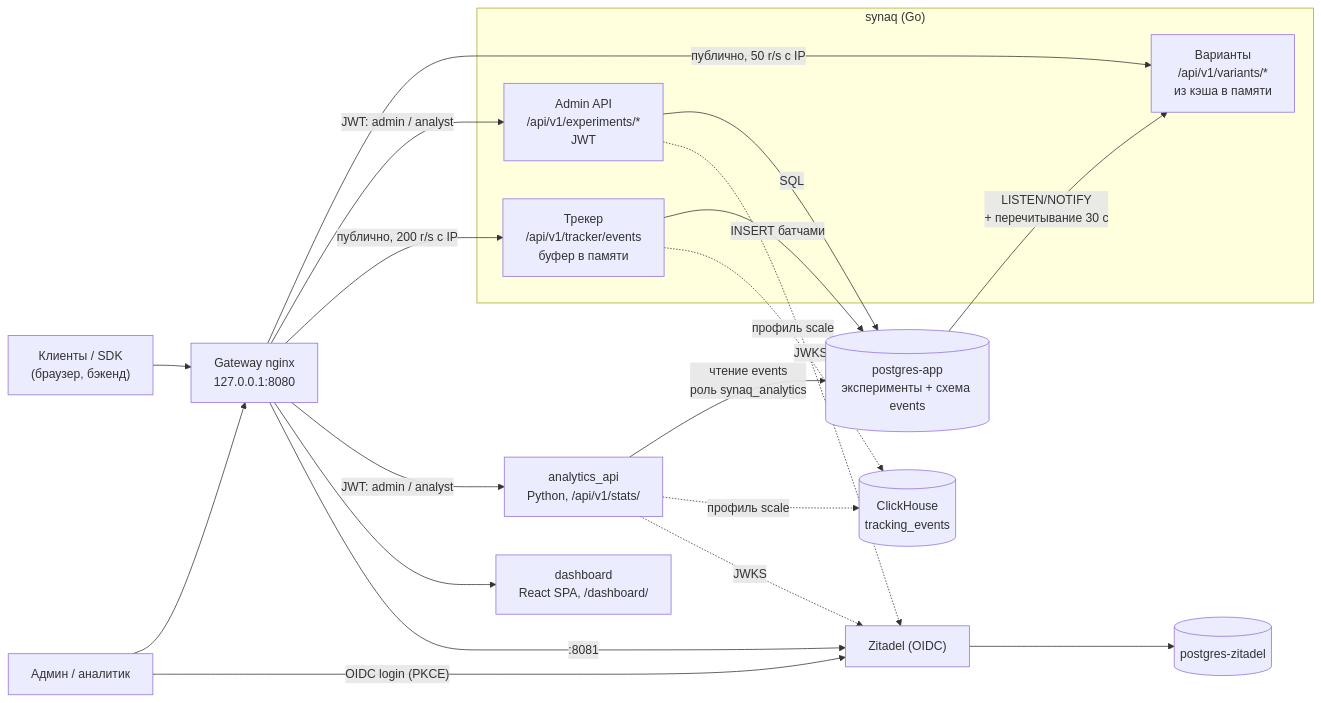
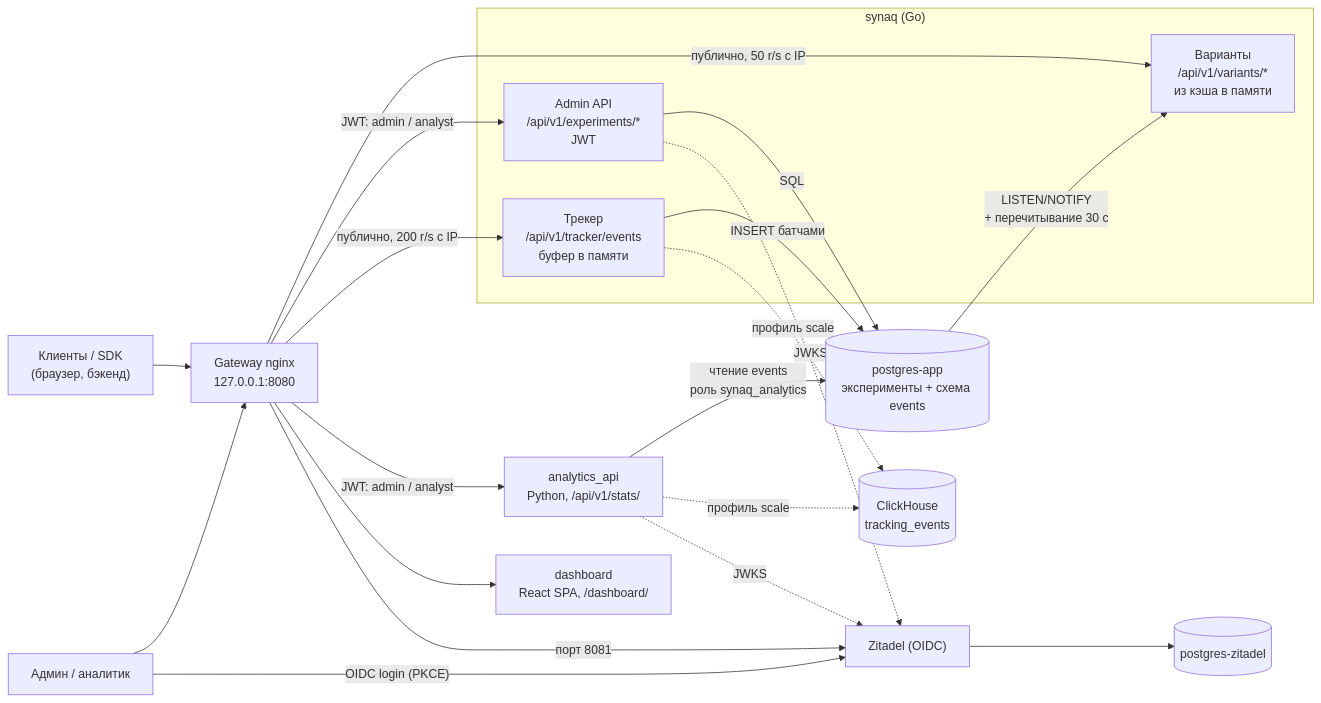
The diagram in README.md (Kebiproger/synaqcore), drawn with Mermaid before and after one commit. The commit also changed other lines of this file and 2 other files, not shown here.

````diff
--- a/README.md
+++ b/README.md
@@ -58,29 +77,29 @@
 ```mermaid
 flowchart LR
     C["Клиенты / SDK<br/>(браузер, бэкенд)"] --> GW["Gateway nginx<br/>127.0.0.1:8080"]
     U["Админ / аналитик"] --> GW
     U -->|"OIDC login (PKCE)"| ZT
 
     subgraph SQ["synaq (Go)"]
         VAR["Варианты<br/>/api/v1/variants/*<br/>из кэша в памяти"]
         ADM["Admin API<br/>/api/v1/experiments/*<br/>JWT"]
         TRK["Трекер<br/>/api/v1/tracker/events<br/>буфер в памяти"]
     end
 
     GW -->|"публично, 50 r/s с IP"| VAR
     GW -->|"JWT: admin / analyst"| ADM
     GW -->|"публично, 200 r/s с IP"| TRK
     GW -->|"JWT: admin / analyst"| AAPI["analytics_api<br/>Python, /api/v1/stats/"]
     GW --> DASH["dashboard<br/>React SPA, /dashboard/"]
-    GW -->|":8081"| ZT["Zitadel (OIDC)"]
+    GW -->|"порт 8081"| ZT["Zitadel (OIDC)"]
 
     ADM -->|"SQL"| PGA[("postgres-app<br/>эксперименты + схема events")]
     PGA -->|"LISTEN/NOTIFY<br/>+ перечитывание 30 с"| VAR
     TRK -->|"INSERT батчами"| PGA
     AAPI -->|"чтение events<br/>роль synaq_analytics"| PGA
     TRK -.->|"профиль scale"| CH[("ClickHouse<br/>tracking_events")]
     AAPI -.->|"профиль scale"| CH
     ZT --> PGZ[("postgres-zitadel")]
     ADM -. JWKS .-> ZT
     AAPI -. JWKS .-> ZT
 ```
````
